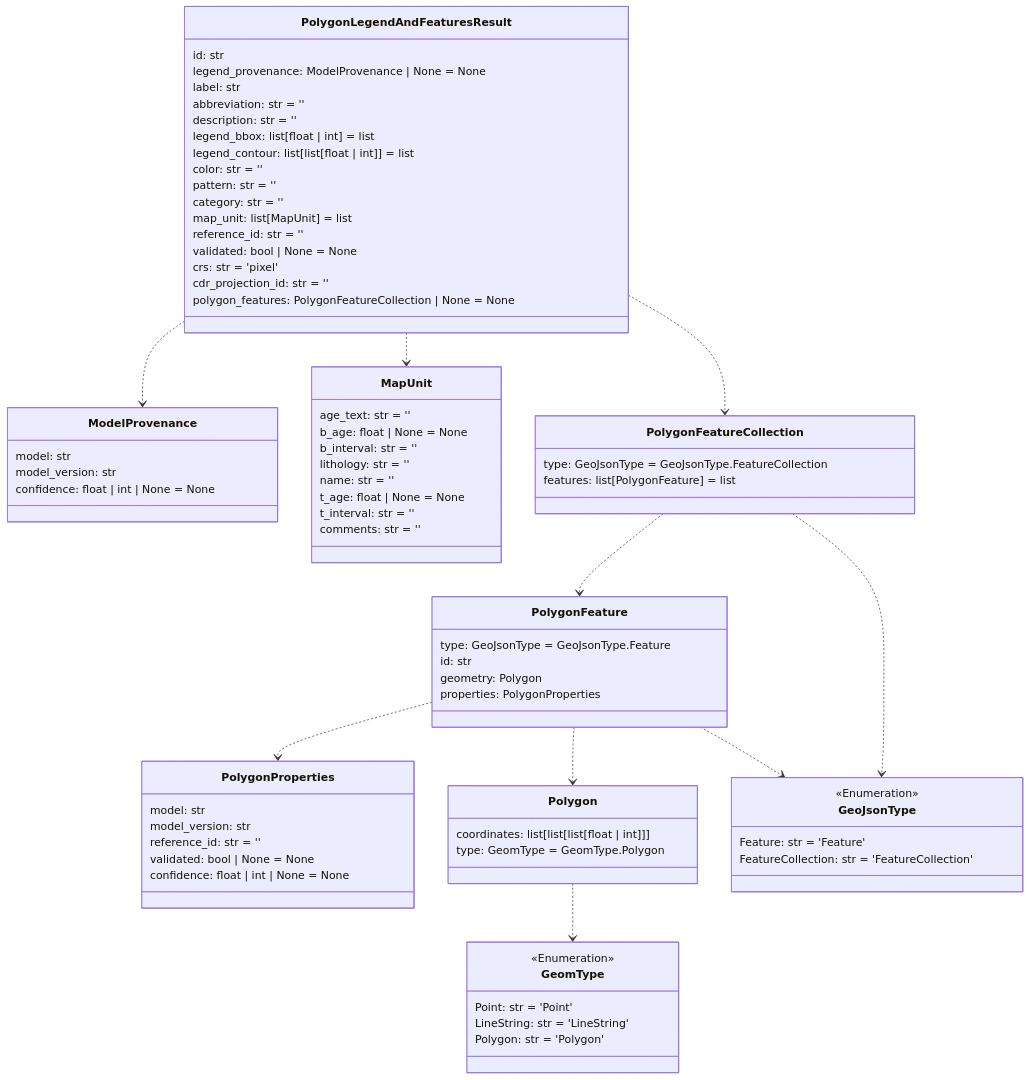
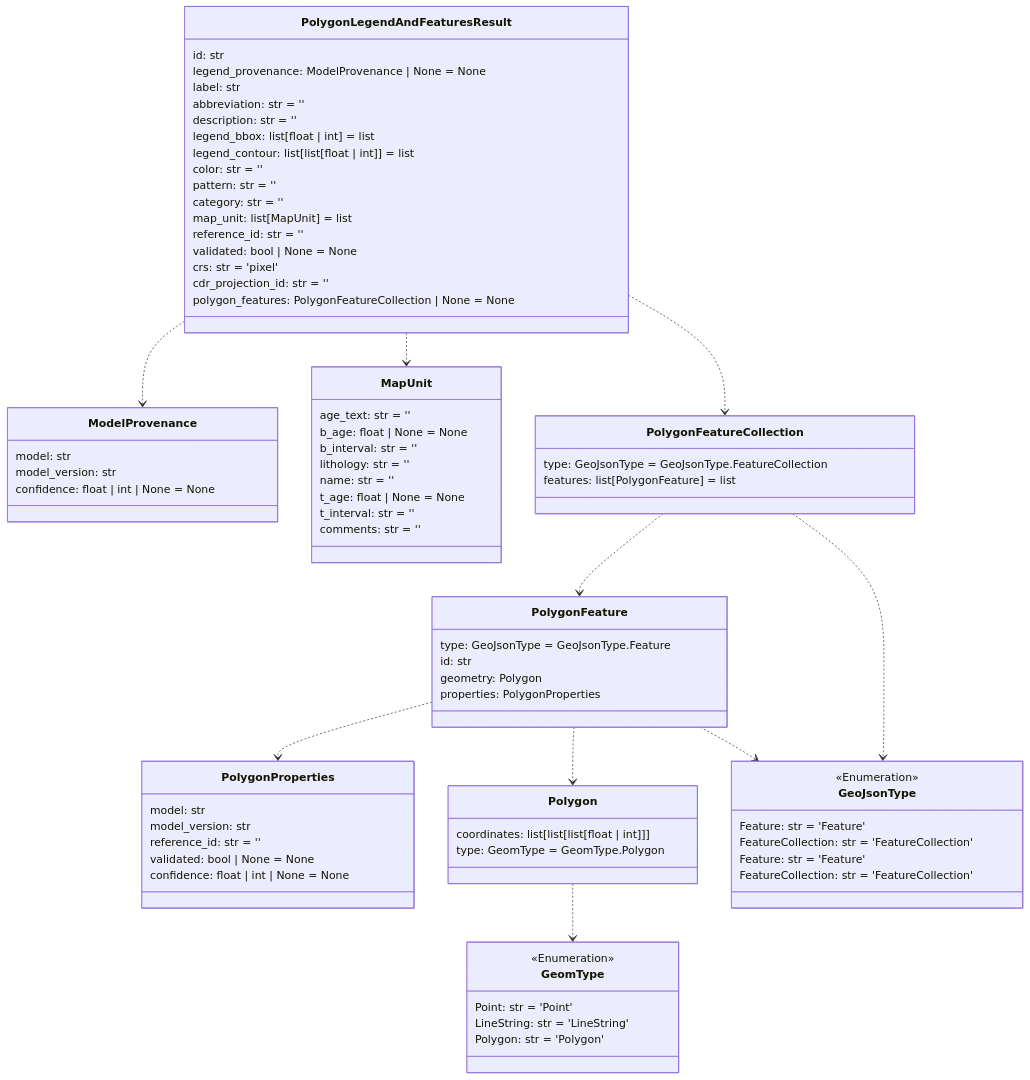
Before and after one commit to DARPA-CRITICALMAAS/cdr_schemas: the seventh of 14 diagrams in README.md, drawn with Mermaid. The commit also changed other lines of this file and 3 other files, not shown here.

````diff
--- a/README.md
+++ b/README.md
@@ -544,11 +558,10 @@
 ```mermaid
 classDiagram
 
-    class GeomType {
+    class GeoJsonType {
         <<Enumeration>>
-        Point: str = 'Point'
-        LineString: str = 'LineString'
-        Polygon: str = 'Polygon'
+        Feature: str = 'Feature'
+        FeatureCollection: str = 'FeatureCollection'
     }
 
     class PolygonFeatureCollection {
@@ -599,6 +612,13 @@
         comments: str = ''
     }
 
+    class GeomType {
+        <<Enumeration>>
+        Point: str = 'Point'
+        LineString: str = 'LineString'
+        Polygon: str = 'Polygon'
+    }
+
     class PolygonLegendAndFeaturesResult {
         id: str
         legend_provenance: ModelProvenance | None = None
````
